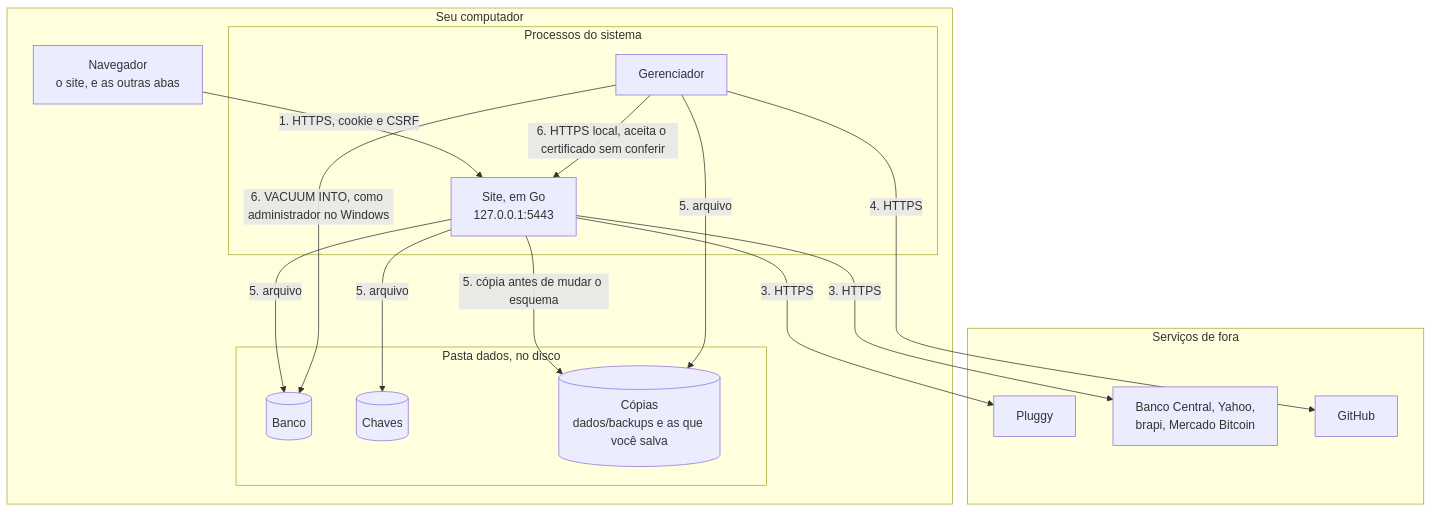
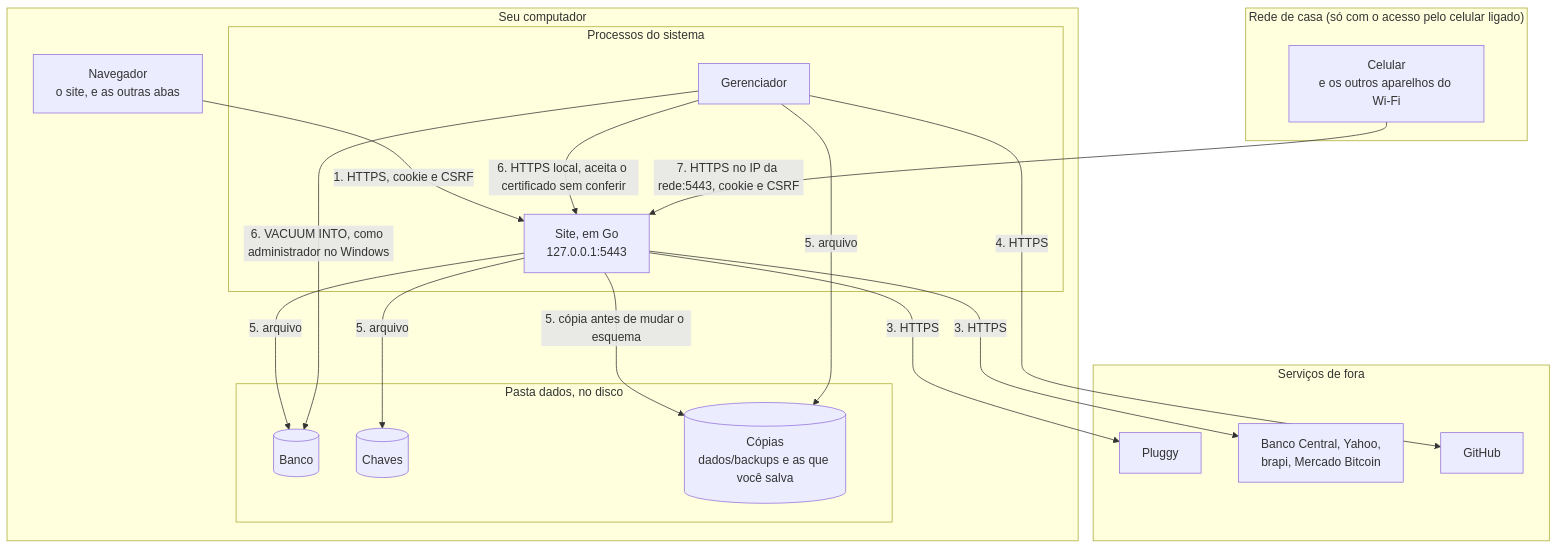
Before and after one commit to LucasDesenvGit/financas-local: the diagram in docs/MODELO-DE-AMEACAS.md, drawn with Mermaid. The commit also changed other lines of this file and 45 other files, not shown here.

First line of the commit message:
feat(api): acesso pelo celular na rede de casa, desligado por padrão (#328)

````diff
--- a/docs/MODELO-DE-AMEACAS.md
+++ b/docs/MODELO-DE-AMEACAS.md
@@ -24,34 +25,39 @@
 ```mermaid
 flowchart TB
     subgraph computador["Seu computador"]
         navegador["Navegador<br/>o site, e as outras abas"]
 
         subgraph processos["Processos do sistema"]
             api["Site, em Go<br/>127.0.0.1:5443"]
             gerenciador["Gerenciador"]
         end
 
         subgraph disco["Pasta dados, no disco"]
             banco[("Banco")]
             chaves[("Chaves")]
             copias[("Cópias<br/>dados/backups e as que você salva")]
         end
+    end
+
+    subgraph rede["Rede de casa (só com o acesso pelo celular ligado)"]
+        celular["Celular<br/>e os outros aparelhos do Wi-Fi"]
     end
 
     subgraph internet["Serviços de fora"]
         pluggy["Pluggy"]
         cotacoes["Banco Central, Yahoo,<br/>brapi, Mercado Bitcoin"]
         github["GitHub"]
     end
 
     navegador -- "1. HTTPS, cookie e CSRF" --> api
     api -- "3. HTTPS" --> pluggy
     api -- "3. HTTPS" --> cotacoes
     gerenciador -- "4. HTTPS" --> github
     api -- "5. arquivo" --> banco
     api -- "5. arquivo" --> chaves
     api -- "5. cópia antes de mudar o esquema" --> copias
     gerenciador -- "5. arquivo" --> copias
     gerenciador -- "6. HTTPS local, aceita o certificado sem conferir" --> api
     gerenciador -- "6. VACUUM INTO, como administrador no Windows" --> banco
+    celular -- "7. HTTPS no IP da rede:5443, cookie e CSRF" --> api
 ```
````
